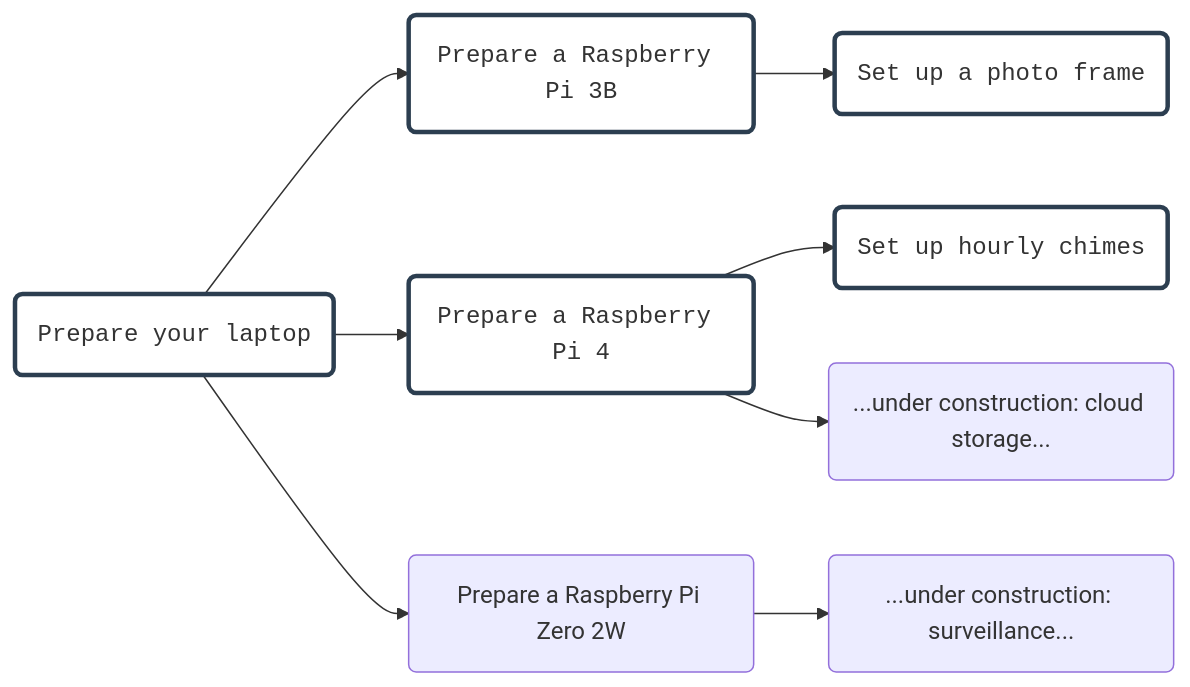
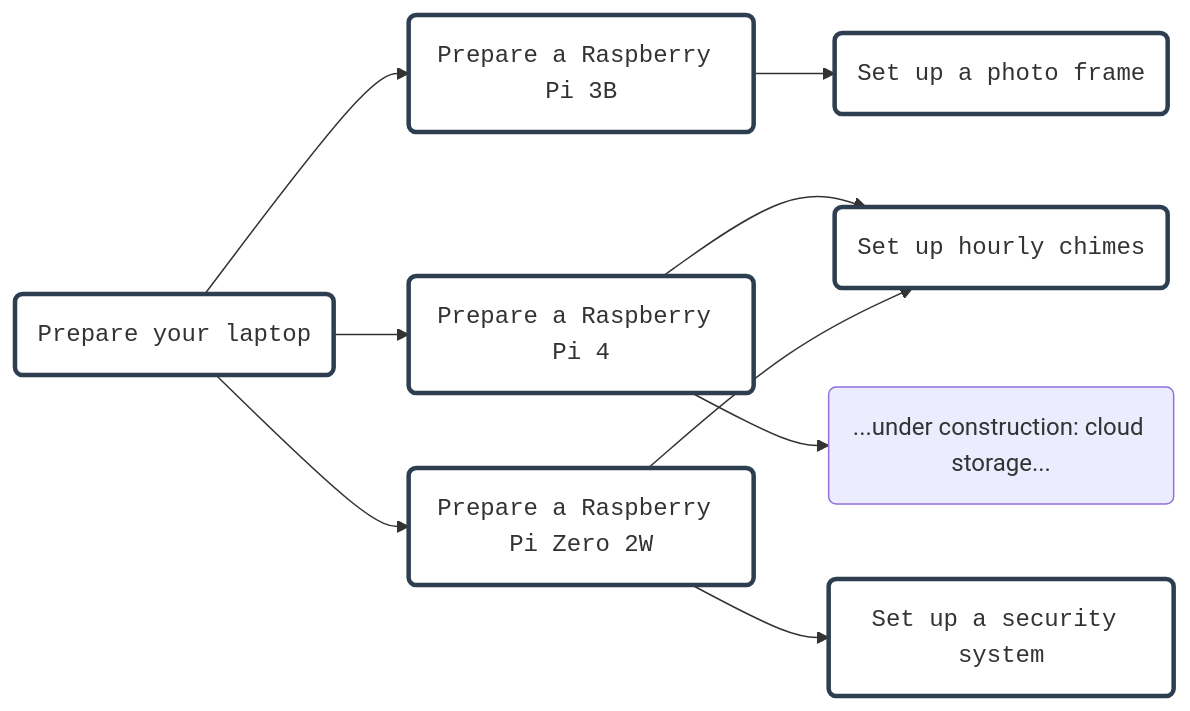
The diagram in _includes/mermaid_navigation_flowchart.md (AninditaBasu/pi-projects), drawn with Mermaid before and after one commit. The commit also changed 14 other files, not shown here.

```diff
--- a/_includes/mermaid_navigation_flowchart.md
+++ b/_includes/mermaid_navigation_flowchart.md
@@ -1,19 +1,22 @@
 <div class="mermaid">
 flowchart LR
     A(Prepare your laptop) --> B(Prepare a Raspberry Pi 3B)
 	A --> C(Prepare a Raspberry Pi 4)
     B --> D(Set up a photo frame)
     C --> E(Set up hourly chimes)
 	A --> F(Prepare a Raspberry Pi Zero 2W)
-	F --> G(...under construction: surveillance...)
+	F --> E
+	F --> G(Set up a security system)
     C --> H(...under construction: cloud storage...)
 	
 	click A "https://aninditabasu.github.io/pi-projects/topics/set_up_laptop.html"
 	click B "https://aninditabasu.github.io/pi-projects/topics/pi_3b_install_os.html"
 	click C "https://aninditabasu.github.io/pi-projects/topics/pi_4_install_os.html"
 	click D "https://aninditabasu.github.io/pi-projects/topics/photo_frame.html"
 	click E "https://aninditabasu.github.io/pi-projects/topics/clock_chime.html"
+	click F "https://aninditabasu.github.io/pi-projects/topics/pi_zero_install_os.html"
+	click G "https://aninditabasu.github.io/pi-projects/topics/security_camera.html"
 	
 	classDef boxstyle fill:white,stroke:#2c3e50,stroke-width:3px,font-family: monospace;
-    class A,B,C,D,E boxstyle;
+    class A,B,C,D,E,F,G boxstyle;
 </div>
```
